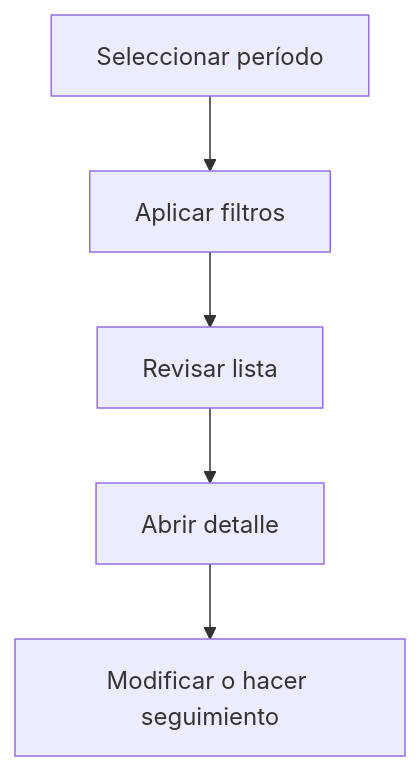
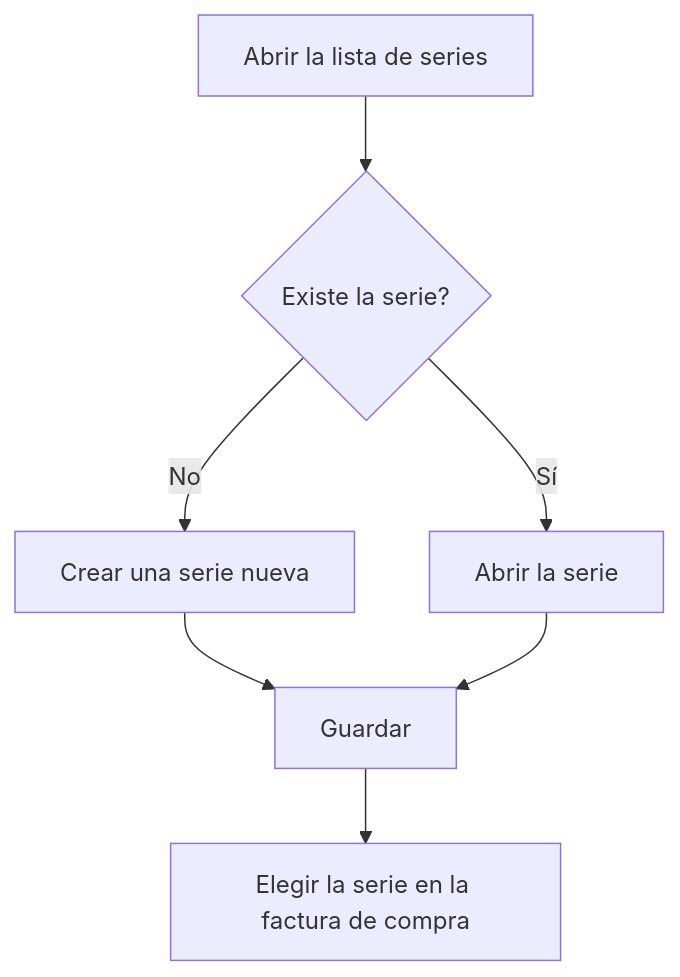
Before and after one commit to MGurtD/lilith: the diagram in frontend/src/help/es/purchase/invoiceserie/list.md, drawn with Mermaid. The commit also changed other lines of this file and 331 other files, not shown here.

````diff
--- a/frontend/src/help/es/purchase/invoiceserie/list.md
+++ b/frontend/src/help/es/purchase/invoiceserie/list.md
@@ -33,7 +38,9 @@
 ```mermaid
 flowchart TD
-    A[Seleccionar período] --> B[Aplicar filtros]
-    B --> C[Revisar lista]
-    C --> D[Abrir detalle]
-    D --> E[Modificar o hacer seguimiento]
+    A[Abrir la lista de series] --> B{Existe la serie?}
+    B -->|No| C[Crear una serie nueva]
+    B -->|Sí| D[Abrir la serie]
+    C --> E[Guardar]
+    D --> E
+    E --> F[Elegir la serie en la factura de compra]
 ```
````
